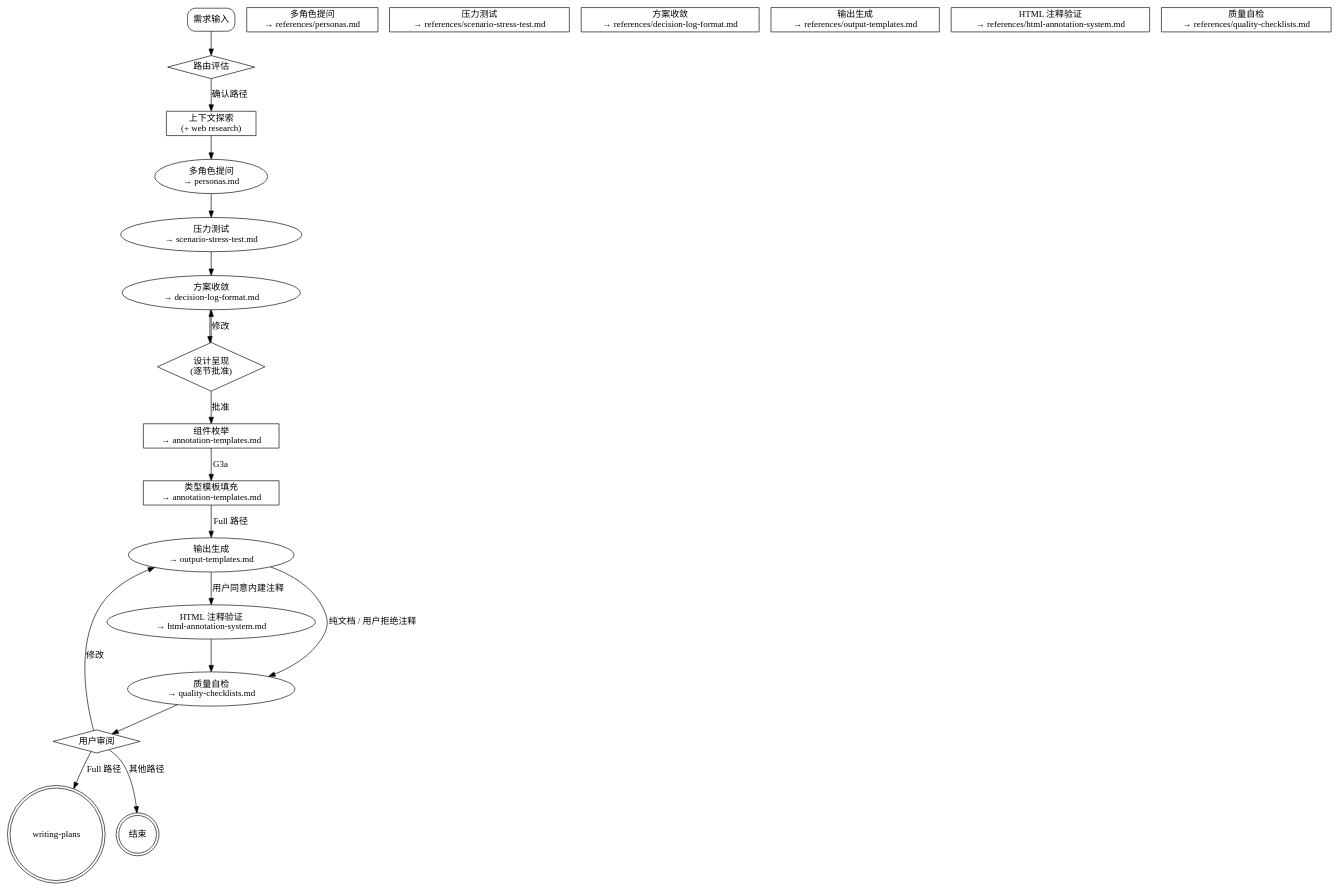
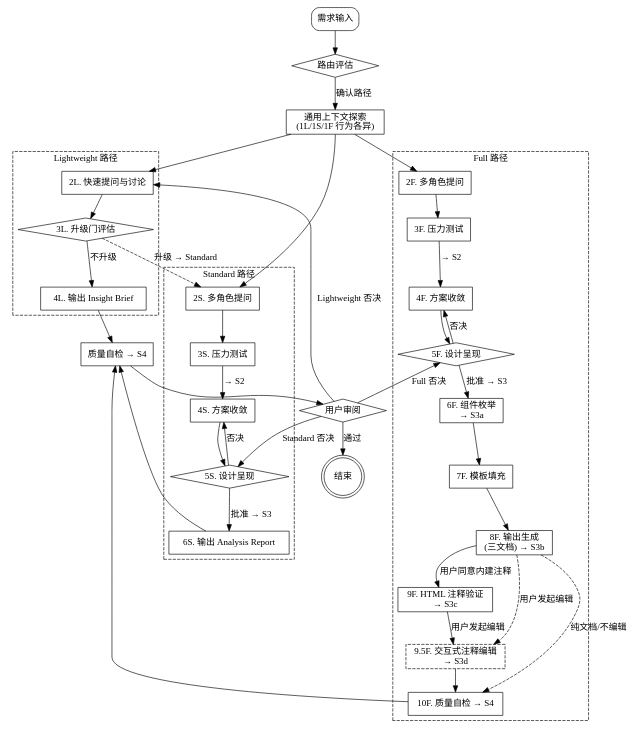
The diagram in .claude/skills/spec-analyze/SKILL.md (SWUNwy/spec-analyze), drawn with Graphviz before and after one commit. The commit also changed other lines of this file and 286 other files, not shown here.

````diff
--- a/.claude/skills/spec-analyze/SKILL.md
+++ b/.claude/skills/spec-analyze/SKILL.md
@@ -176,36 +1054,81 @@
 
     "需求输入" [shape=box style=rounded];
     "路由评估" [shape=diamond];
-    "上下文探索\n(+ web research)" [shape=box];
-    "多角色提问\n→ references/personas.md" [shape=box];
-    "压力测试\n→ references/scenario-stress-test.md" [shape=box];
-    "方案收敛\n→ references/decision-log-format.md" [shape=box];
-    "设计呈现\n(逐节批准)" [shape=diamond];
-    "组件枚举\n→ annotation-templates.md" [shape=box];
-    "类型模板填充\n→ annotation-templates.md" [shape=box];
-    "输出生成\n→ references/output-templates.md" [shape=box];
-    "HTML 注释验证\n→ references/html-annotation-system.md" [shape=box];
-    "质量自检\n→ references/quality-checklists.md" [shape=box];
+    "通用上下文探索\n(1L/1S/1F 行为各异)" [shape=box];
+
+    subgraph cluster_lightweight {
+        label="Lightweight 路径";
+        style=dashed;
+        "2L. 快速提问与讨论" [shape=box];
+        "3L. 升级门评估" [shape=diamond];
+        "4L. 输出 Insight Brief" [shape=box];
+    }
+
+    subgraph cluster_standard {
+        label="Standard 路径";
+        style=dashed;
+        "2S. 多角色提问" [shape=box];
+        "3S. 压力测试" [shape=box];
+        "4S. 方案收敛" [shape=box];
+        "5S. 设计呈现" [shape=diamond];
+        "6S. 输出 Analysis Report" [shape=box];
+    }
+
+    subgraph cluster_full {
+        label="Full 路径";
+        style=dashed;
+        "2F. 多角色提问" [shape=box];
+        "3F. 压力测试" [shape=box];
+        "4F. 方案收敛" [shape=box];
+        "5F. 设计呈现" [shape=diamond];
+        "6F. 组件枚举\n→ S3a" [shape=box];
+        "7F. 模板填充" [shape=box];
+        "8F. 输出生成\n(三文档) → S3b" [shape=box];
+        "9F. HTML 注释验证\n→ S3c" [shape=box];
+        "9.5F. 交互式注释编辑\n→ S3d" [shape=box style=dashed];
+        "10F. 质量自检 → S4" [shape=box];
+    }
+
+    "质量自检 → S4" [shape=box];
     "用户审阅" [shape=diamond];
-    "writing-plans" [shape=doublecircle];
     "结束" [shape=doublecircle];
 
     "需求输入" -> "路由评估";
-    "路由评估" -> "上下文探索\n(+ web research)" [label="确认路径"];
-    "上下文探索\n(+ web research)" -> "多角色提问\n→ personas.md";
-    "多角色提问\n→ personas.md" -> "压力测试\n→ scenario-stress-test.md";
-    "压力测试\n→ scenario-stress-test.md" -> "方案收敛\n→ decision-log-format.md";
-    "方案收敛\n→ decision-log-format.md" -> "设计呈现\n(逐节批准)";
-    "设计呈现\n(逐节批准)" -> "方案收敛\n→ decision-log-format.md" [label="修改"];
-    "设计呈现\n(逐节批准)" -> "组件枚举\n→ annotation-templates.md" [label="批准"];
-    "组件枚举\n→ annotation-templates.md" -> "类型模板填充\n→ annotation-templates.md" [label="G3a"];
-    "类型模板填充\n→ annotation-templates.md" -> "输出生成\n→ output-templates.md" [label="Full 路径"];
-    "输出生成\n→ output-templates.md" -> "HTML 注释验证\n→ html-annotation-system.md" [label="用户同意内建注释"];
-    "输出生成\n→ output-templates.md" -> "质量自检\n→ quality-checklists.md" [label="纯文档 / 用户拒绝注释"];
-    "HTML 注释验证\n→ html-annotation-system.md" -> "质量自检\n→ quality-checklists.md";
-    "质量自检\n→ quality-checklists.md" -> "用户审阅";
-    "用户审阅" -> "输出生成\n→ output-templates.md" [label="修改"];
-    "用户审阅" -> "writing-plans" [label="Full 路径"];
-    "用户审阅" -> "结束" [label="其他路径"];
+    "路由评估" -> "通用上下文探索\n(1L/1S/1F 行为各异)" [label="确认路径"];
+
+    "通用上下文探索\n(1L/1S/1F 行为各异)" -> "2L. 快速提问与讨论";
+    "2L. 快速提问与讨论" -> "3L. 升级门评估";
+    "3L. 升级门评估" -> "4L. 输出 Insight Brief" [label="不升级"];
+    "3L. 升级门评估" -> "2S. 多角色提问" [label="升级 → Standard" style=dashed];
+    "4L. 输出 Insight Brief" -> "质量自检 → S4";
+
+    "通用上下文探索\n(1L/1S/1F 行为各异)" -> "2S. 多角色提问";
+    "2S. 多角色提问" -> "3S. 压力测试";
+    "3S. 压力测试" -> "4S. 方案收敛" [label="→ S2"];
+    "4S. 方案收敛" -> "5S. 设计呈现";
+    "5S. 设计呈现" -> "4S. 方案收敛" [label="否决"];
+    "5S. 设计呈现" -> "6S. 输出 Analysis Report" [label="批准 → S3"];
+    "6S. 输出 Analysis Report" -> "质量自检 → S4";
+
+    "通用上下文探索\n(1L/1S/1F 行为各异)" -> "2F. 多角色提问";
+    "2F. 多角色提问" -> "3F. 压力测试";
+    "3F. 压力测试" -> "4F. 方案收敛" [label="→ S2"];
+    "4F. 方案收敛" -> "5F. 设计呈现";
+    "5F. 设计呈现" -> "4F. 方案收敛" [label="否决"];
+    "5F. 设计呈现" -> "6F. 组件枚举\n→ S3a" [label="批准 → S3"];
+    "6F. 组件枚举\n→ S3a" -> "7F. 模板填充";
+    "7F. 模板填充" -> "8F. 输出生成\n(三文档) → S3b";
+    "8F. 输出生成\n(三文档) → S3b" -> "9F. HTML 注释验证\n→ S3c" [label="用户同意内建注释"];
+    "8F. 输出生成\n(三文档) → S3b" -> "9.5F. 交互式注释编辑\n→ S3d" [label="用户发起编辑" style=dashed];
+    "8F. 输出生成\n(三文档) → S3b" -> "10F. 质量自检 → S4" [label="纯文档/不编辑" style=dashed];
+    "9F. HTML 注释验证\n→ S3c" -> "9.5F. 交互式注释编辑\n→ S3d" [label="用户发起编辑"];
+    "9.5F. 交互式注释编辑\n→ S3d" -> "10F. 质量自检 → S4";
+    "10F. 质量自检 → S4" -> "质量自检 → S4";
+
+    "质量自检 → S4" -> "用户审阅";
+    "用户审阅" -> "结束" [label="通过"];
+    "用户审阅" -> "2L. 快速提问与讨论" [label="Lightweight 否决"];
+    "用户审阅" -> "5S. 设计呈现" [label="Standard 否决"];
+    "用户审阅" -> "5F. 设计呈现" [label="Full 否决"];
 }
 ```
````
